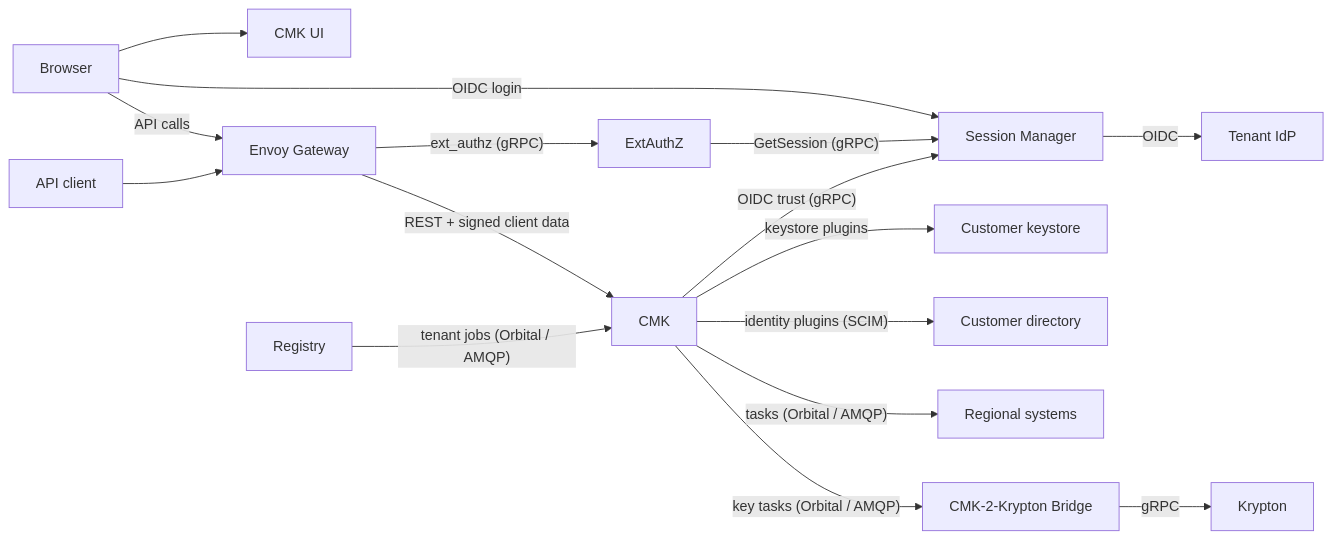
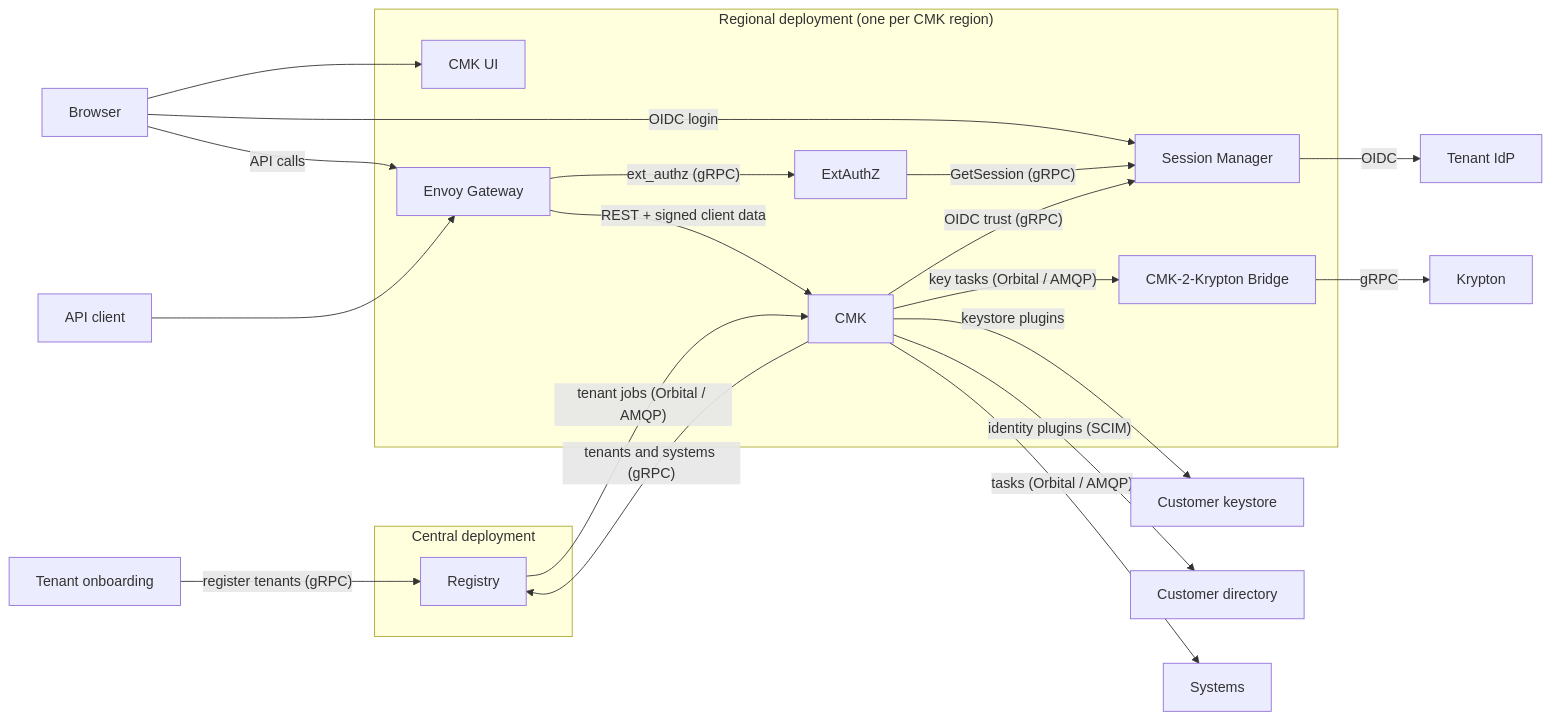
Before and after one commit to openkcm/openkcm.github.io: the diagram in docs/components/cmk/index.md, drawn with Mermaid. The commit also changed other lines of this file and 29 other files, not shown here.

````diff
--- a/docs/components/cmk/index.md
+++ b/docs/components/cmk/index.md
@@ -39,18 +45,31 @@
 ```mermaid
 flowchart LR
-    Browser["Browser"] --> UI["CMK UI"]
-    Browser -- "OIDC login" --> SM["Session Manager"]
+    Onb["Tenant onboarding"] -- "register tenants (gRPC)" --> Registry
+    subgraph Central["Central deployment"]
+        Registry["Registry"]
+    end
+    subgraph Regional["Regional deployment (one per CMK region)"]
+        UI["CMK UI"]
+        SM["Session Manager"]
+        Envoy["Envoy Gateway"]
+        ExtAuthZ["ExtAuthZ"]
+        CMK["CMK"]
+        Bridge["CMK-2-Krypton Bridge"]
+    end
+    Browser["Browser"] --> UI
+    Browser -- "OIDC login" --> SM
     SM -- "OIDC" --> IdP["Tenant IdP"]
-    Browser -- "API calls" --> Envoy["Envoy Gateway"]
+    Browser -- "API calls" --> Envoy
     Client["API client"] --> Envoy
-    Envoy -- "ext_authz (gRPC)" --> ExtAuthZ["ExtAuthZ"]
+    Envoy -- "ext_authz (gRPC)" --> ExtAuthZ
     ExtAuthZ -- "GetSession (gRPC)" --> SM
-    Envoy -- "REST + signed client data" --> CMK["CMK"]
+    Envoy -- "REST + signed client data" --> CMK
     CMK -- "keystore plugins" --> KMS["Customer keystore"]
     CMK -- "identity plugins (SCIM)" --> Dir["Customer directory"]
     CMK -- "OIDC trust (gRPC)" --> SM
-    Registry["Registry"] -- "tenant jobs (Orbital / AMQP)" --> CMK
-    CMK -- "tasks (Orbital / AMQP)" --> Systems["Regional systems"]
-    CMK -- "key tasks (Orbital / AMQP)" --> Bridge["CMK-2-Krypton Bridge"]
+    Registry -- "tenant jobs (Orbital / AMQP)" --> CMK
+    CMK -- "tenants and systems (gRPC)" --> Registry
+    CMK -- "tasks (Orbital / AMQP)" --> Systems["Systems"]
+    CMK -- "key tasks (Orbital / AMQP)" --> Bridge
     Bridge -- "gRPC" --> Krypton["Krypton"]
 ```
````
